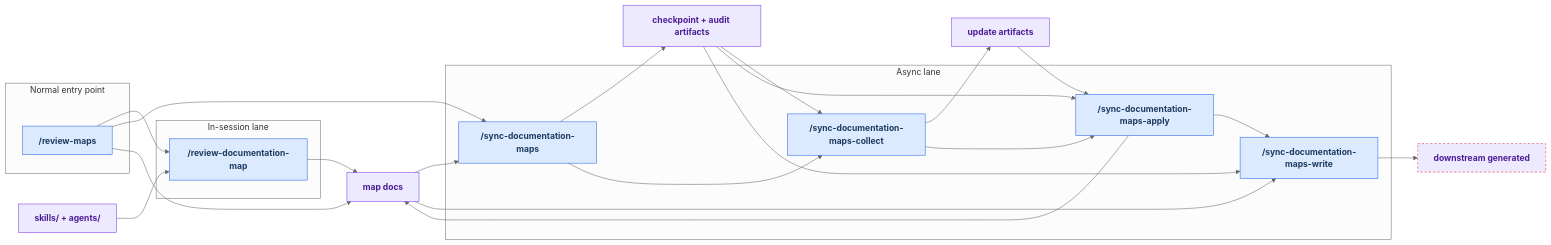
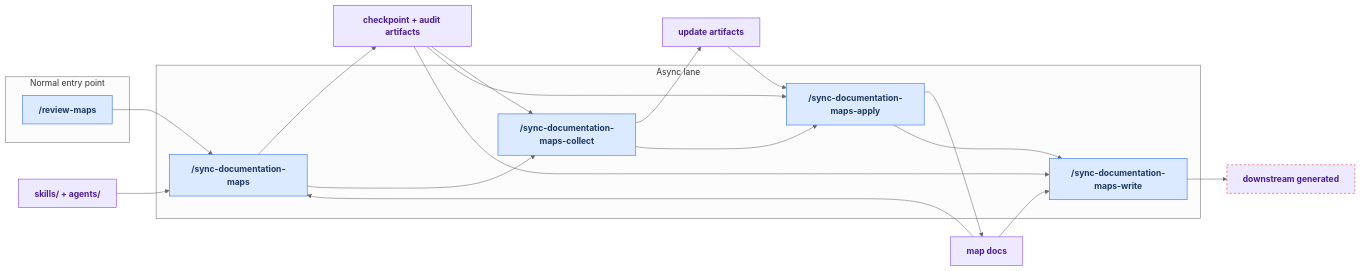
Before and after one commit to russell-laing/al-dev-shared: the second of 6 diagrams in docs/maintainer-tooling.md, drawn with Mermaid (neutral theme). The commit also changed other lines of this file and 8 other files, not shown here.

Commit message:
retire review documentation map

````diff
--- a/docs/maintainer-tooling.md
+++ b/docs/maintainer-tooling.md
@@ -152,57 +147,50 @@
 ```mermaid
 flowchart LR
     classDef userSkill fill:#dbeafe,stroke:#2563eb,color:#1e3a5f,font-weight:bold
     classDef internalSkill fill:#f3f4f6,stroke:#6b7280,color:#374151,stroke-dasharray:5 5,font-weight:bold
     classDef artifact fill:#ede9fe,stroke:#7c3aed,color:#4c1d95,font-weight:bold
     classDef orphanArtifact fill:#ede9fe,stroke:#dc2626,color:#4c1d95,stroke-dasharray:4 4,font-weight:bold
     classDef manualStep fill:#fef3c7,stroke:#d97706,color:#78350f,font-weight:bold
 
     subgraph map_entry["Normal entry point"]
         skill_review_maps["/review-maps"]
-    end
-    subgraph map_in_session["In-session lane"]
-        skill_review_documentation_map["/review-documentation-map"]
     end
     subgraph map_async["Async lane"]
         skill_sync_documentation_maps["/sync-documentation-maps"]
         skill_sync_documentation_maps_collect["/sync-documentation-maps-collect"]
         skill_sync_documentation_maps_apply["/sync-documentation-maps-apply"]
         skill_sync_documentation_maps_write["/sync-documentation-maps-write"]
     end
     art_source_dirs["skills/ + agents/"]
     art_map_docs["map docs"]
     art_async_checkpoint["checkpoint + audit artifacts"]
     art_update_artifacts["update artifacts"]
     art_downstream_generated["downstream generated"]
 
-    skill_review_maps --> skill_review_documentation_map
     skill_review_maps --> skill_sync_documentation_maps
-    art_source_dirs --> skill_review_documentation_map
-    skill_review_documentation_map --> art_map_docs
-    skill_review_maps --> art_map_docs
+    art_source_dirs --> skill_sync_documentation_maps
     art_map_docs --> skill_sync_documentation_maps
     skill_sync_documentation_maps --> art_async_checkpoint
     skill_sync_documentation_maps --> skill_sync_documentation_maps_collect
     art_async_checkpoint --> skill_sync_documentation_maps_collect
     skill_sync_documentation_maps_collect --> art_update_artifacts
     skill_sync_documentation_maps_collect --> skill_sync_documentation_maps_apply
     art_update_artifacts --> skill_sync_documentation_maps_apply
     art_async_checkpoint --> skill_sync_documentation_maps_apply
     skill_sync_documentation_maps_apply --> art_map_docs
     skill_sync_documentation_maps_apply --> skill_sync_documentation_maps_write
     art_map_docs --> skill_sync_documentation_maps_write
     art_async_checkpoint --> skill_sync_documentation_maps_write
     skill_sync_documentation_maps_write --> art_downstream_generated
 
     class skill_review_maps userSkill
-    class skill_review_documentation_map userSkill
     class skill_sync_documentation_maps userSkill
     class skill_sync_documentation_maps_collect userSkill
     class skill_sync_documentation_maps_apply userSkill
     class skill_sync_documentation_maps_write userSkill
     class art_source_dirs artifact
     class art_map_docs artifact
     class art_async_checkpoint artifact
     class art_update_artifacts artifact
     class art_downstream_generated orphanArtifact
 ```
````
